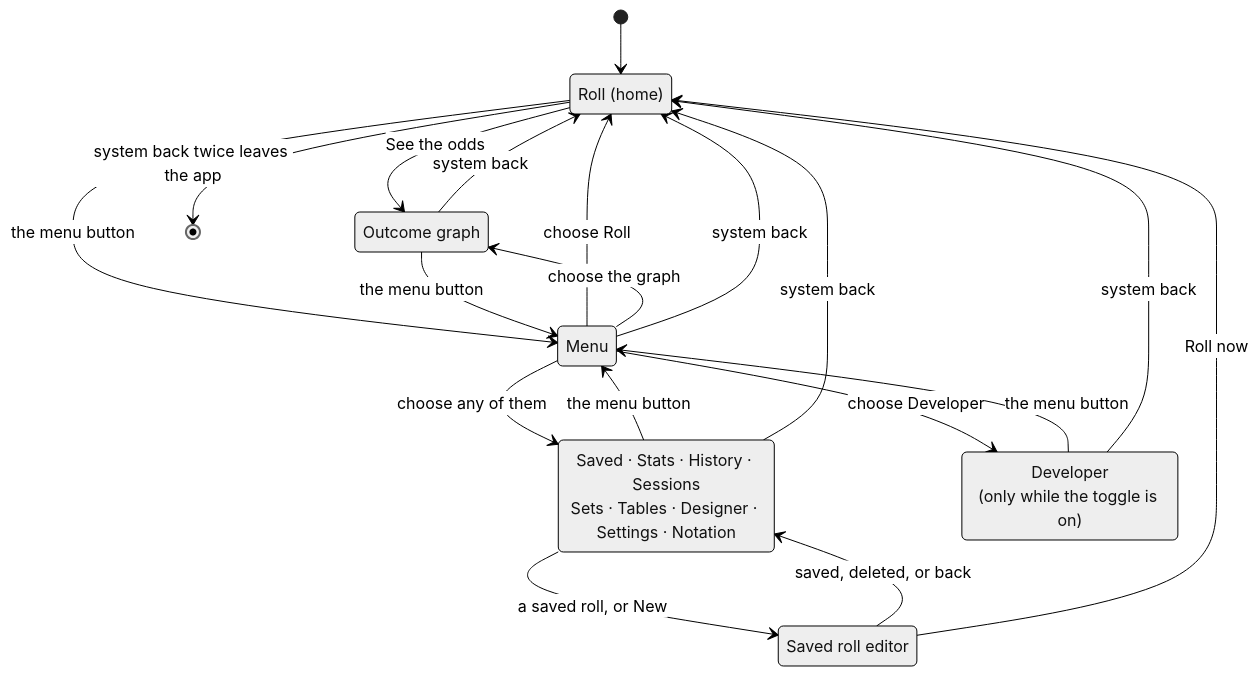
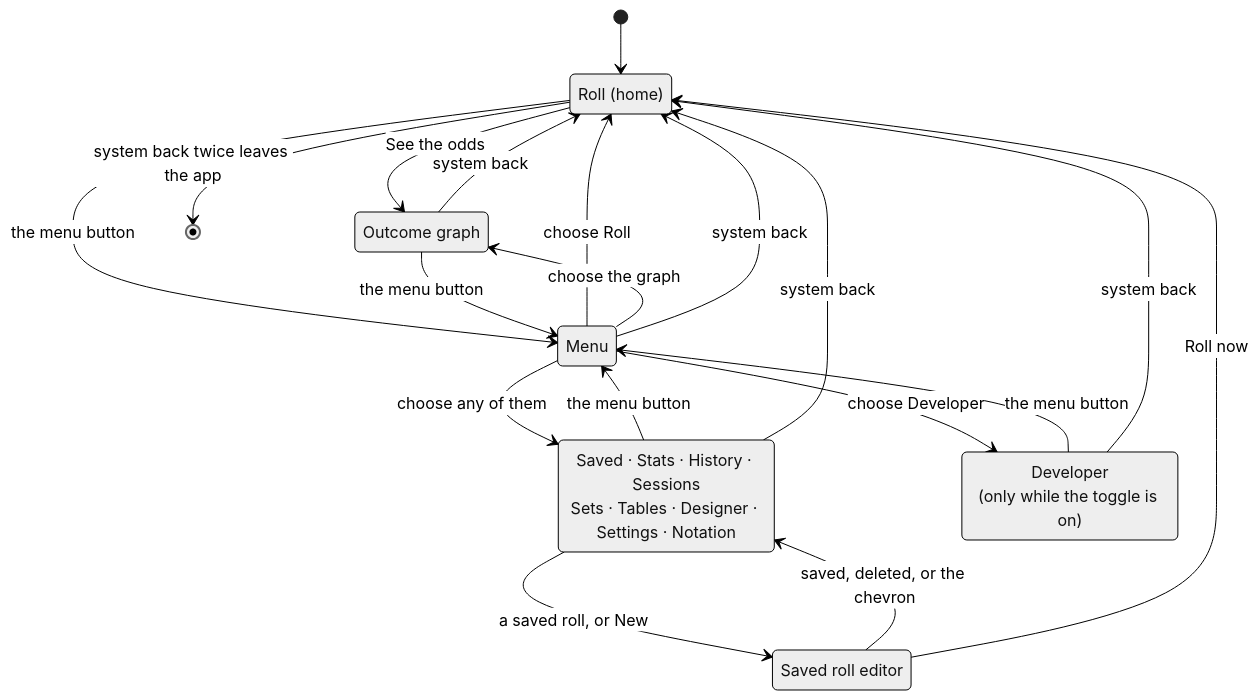
The first of 8 diagrams in docs/architecture.md (drehtuer/dInfinityApp), drawn with Mermaid (neutral theme) before and after one commit. The commit also changed other lines of this file and 35 other files, not shown here.

````diff
--- a/docs/architecture.md
+++ b/docs/architecture.md
@@ -213,28 +213,28 @@
 ```mermaid
 stateDiagram-v2
     [*] --> Roll
     Roll: Roll (home)
     Menu: Menu
     Graph: Outcome graph
     Screen: Saved · Stats · History · Sessions<br/>Sets · Tables · Designer · Settings · Notation
     Editor: Saved roll editor
     Developer: Developer<br/>(only while the toggle is on)
 
     Roll --> Graph: See the odds
     Roll --> Menu: the menu button
     Screen --> Editor: a saved roll, or New
-    Editor --> Screen: saved, deleted, or back
+    Editor --> Screen: saved, deleted, or the chevron
     Editor --> Roll: Roll now
     Graph --> Menu: the menu button
     Screen --> Menu: the menu button
     Developer --> Menu: the menu button
     Menu --> Roll: choose Roll
     Menu --> Graph: choose the graph
     Menu --> Screen: choose any of them
     Menu --> Developer: choose Developer
     Graph --> Roll: system back
     Screen --> Roll: system back
     Developer --> Roll: system back
     Menu --> Roll: system back
     Roll --> [*]: system back twice leaves the app
 ```
````
